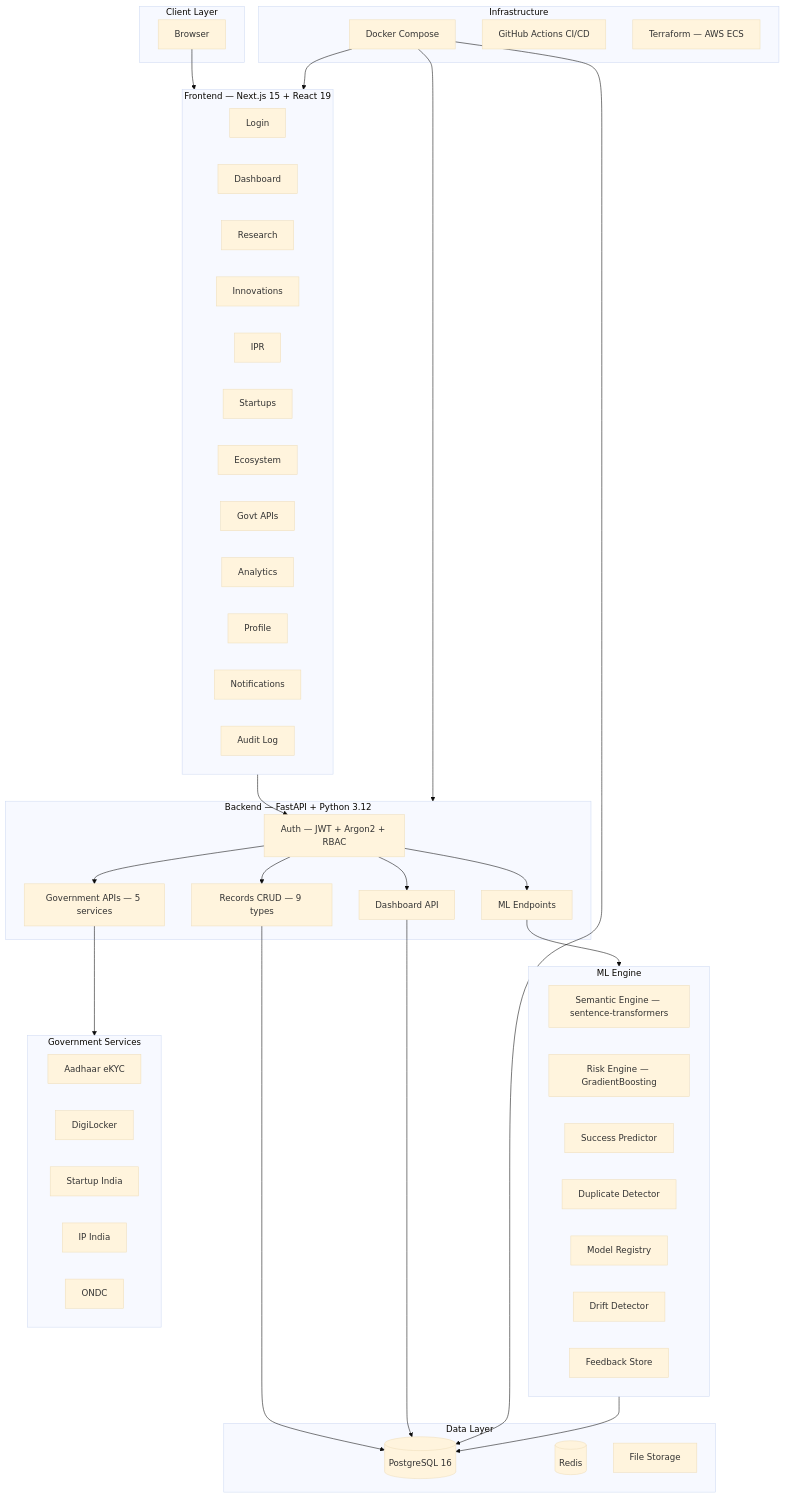
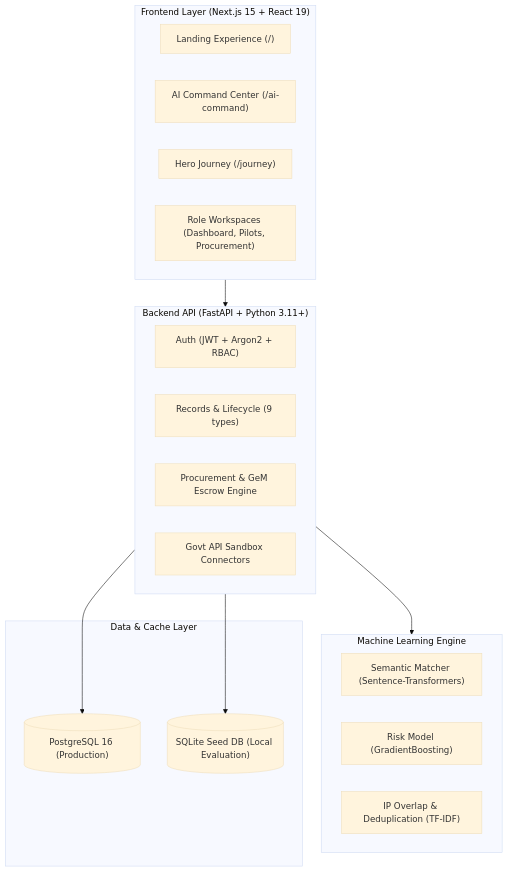
The second of 2 diagrams in README.md (rudrakhairnar16-bit/UdaanSetu), drawn with Mermaid (base theme) before and after one commit. The commit also changed other lines of this file and 1 other file, not shown here.

````diff
--- a/README.md
+++ b/README.md
@@ -59,74 +131,32 @@
 ```mermaid
 graph TB
-    subgraph Client["Client Layer"]
-        Browser["Browser"]
+    subgraph Client["Frontend Layer (Next.js 15 + React 19)"]
+        LandingPage["Landing Experience (/)"]
+        AICommand["AI Command Center (/ai-command)"]
+        HeroJourney["Hero Journey (/journey)"]
+        Dashboards["Role Workspaces (Dashboard, Pilots, Procurement)"]
     end
 
-    subgraph Frontend["Frontend — Next.js 15 + React 19"]
-        Login["Login"]
-        Dashboard["Dashboard"]
-        Research["Research"]
-        Innovations["Innovations"]
-        IPR["IPR"]
-        Startups["Startups"]
-        Ecosystem["Ecosystem"]
-        Government["Govt APIs"]
-        Analytics["Analytics"]
-        Profile["Profile"]
-        Notifications["Notifications"]
-        Audit["Audit Log"]
+    subgraph API["Backend API (FastAPI + Python 3.11+)"]
+        AuthService["Auth (JWT + Argon2 + RBAC)"]
+        RecordsService["Records & Lifecycle (9 types)"]
+        ProcureService["Procurement & GeM Escrow Engine"]
+        GovtMock["Govt API Sandbox Connectors"]
     end
 
-    subgraph Backend["Backend — FastAPI + Python 3.12"]
-        Auth["Auth — JWT + Argon2 + RBAC"]
-        CRUD["Records CRUD — 9 types"]
-        GovAPIs["Government APIs — 5 services"]
-        MLEndpoints["ML Endpoints"]
-        DashboardAPI["Dashboard API"]
+    subgraph ML["Machine Learning Engine"]
+        MatchEngine["Semantic Matcher (Sentence-Transformers)"]
+        RiskEngine["Risk Model (GradientBoosting)"]
+        OverlapEngine["IP Overlap & Deduplication (TF-IDF)"]
     end
 
-    subgraph MLEngine["ML Engine"]
-        Semantic["Semantic Engine — sentence-transformers"]
-        Risk["Risk Engine — GradientBoosting"]
-        Success["Success Predictor"]
-        Duplicates["Duplicate Detector"]
-        Registry["Model Registry"]
-        Drift["Drift Detector"]
-        Feedback["Feedback Store"]
+    subgraph Storage["Data & Cache Layer"]
+        PostgreSQL[("PostgreSQL 16 (Production)")]
+        SQLiteDemo[("SQLite Seed DB (Local Evaluation)")]
     end
 
-    subgraph GovServices["Government Services"]
-        Aadhaar["Aadhaar eKYC"]
-        DigiLocker["DigiLocker"]
-        StartupIndia["Startup India"]
-        IPIndia["IP India"]
-        ONDC["ONDC"]
-    end
-
-    subgraph Data["Data Layer"]
-        PostgreSQL[("PostgreSQL 16")]
-        Redis[("Redis")]
-        FileStore["File Storage"]
-    end
-
-    subgraph Infra["Infrastructure"]
-        Docker["Docker Compose"]
-        GitHubActions["GitHub Actions CI/CD"]
-        Terraform["Terraform — AWS ECS"]
-    end
-
-    Browser --> Frontend
-    Frontend --> Auth
-    Auth --> CRUD
-    Auth --> GovAPIs
-    Auth --> MLEndpoints
-    Auth --> DashboardAPI
-    GovAPIs --> GovServices
-    MLEndpoints --> MLEngine
-    CRUD --> PostgreSQL
-    DashboardAPI --> PostgreSQL
-    MLEngine --> PostgreSQL
-    Docker --> Frontend
-    Docker --> Backend
-    Docker --> PostgreSQL
+    Client --> API
+    API --> ML
+    API --> PostgreSQL
+    API --> SQLiteDemo
 ```
````
